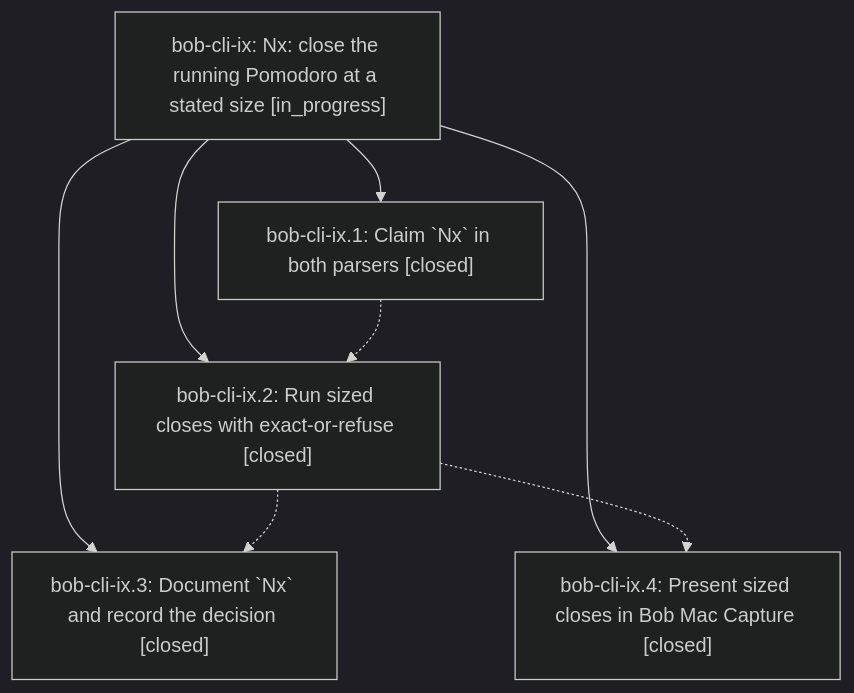
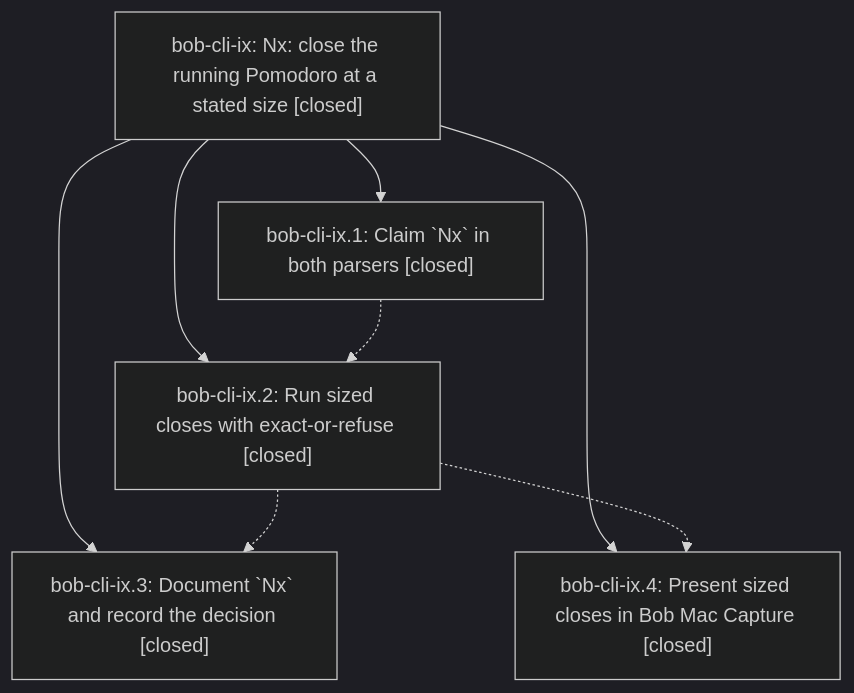
The diagram in pages/bob-cli-ix/README.md (bobs-org/bob-cli--beads), drawn with Mermaid (dark theme) before and after one commit. The commit also changed other lines of this file and 2 other files, not shown here.

First line of the commit message:
chore(beads): sync bead state and pages for bob-cli-ix

````diff
--- a/pages/bob-cli-ix/README.md
+++ b/pages/bob-cli-ix/README.md
@@ -37,15 +49,15 @@
 ```mermaid
 flowchart TD
-    n0["bob-cli-ix: Nx: close the running Pomodoro at a stated size [in_progress]"]
+    n0["bob-cli-ix: Nx: close the running Pomodoro at a stated size [closed]"]
     n1["bob-cli-ix.1: Claim `Nx` in both parsers [closed]"]
     n2["bob-cli-ix.2: Run sized closes with exact-or-refuse [closed]"]
     n3["bob-cli-ix.3: Document `Nx` and record the decision [closed]"]
     n4["bob-cli-ix.4: Present sized closes in Bob Mac Capture [closed]"]
     n0 --> n1
     n0 --> n2
     n0 --> n3
     n0 --> n4
     n1 -.-> n2
     n2 -.-> n3
     n2 -.-> n4
 ```
````
